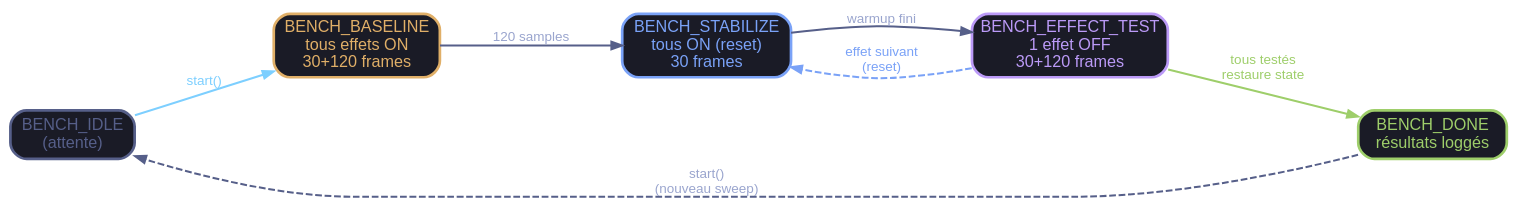
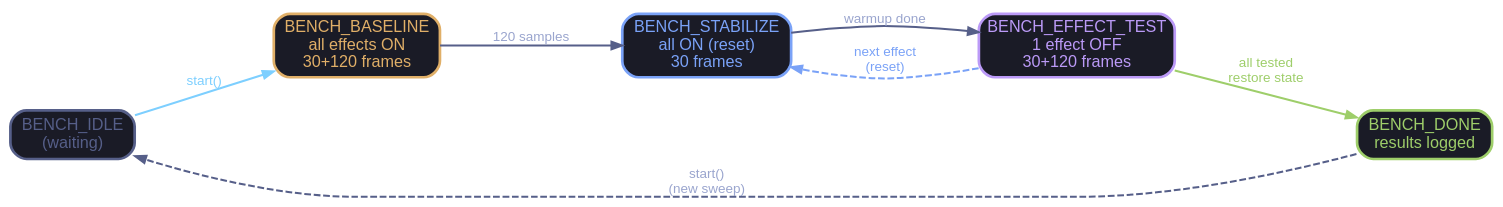
Before and after one commit to yoyonel/suckless-ogl: the second of 2 diagrams in docs/effect_benchmark.md, drawn with Graphviz. The commit also changed other lines of this file and 98 other files, not shown here.

````diff
--- a/docs/effect_benchmark.md
+++ b/docs/effect_benchmark.md
@@ -216,31 +212,31 @@
 ```graphviz
 digraph BenchStateMachine {
     rankdir=LR;
     bgcolor="transparent";
     margin=0.2;
     nodesep=0.8;
     ranksep=1.0;
 
     node [shape=rect, style="filled,rounded", fontname="Helvetica", fontsize=12,
           fillcolor="#24283b", color="#414868", fontcolor="#c0caf5", penwidth=2];
     edge [color="#565f89", fontname="Helvetica", fontsize=10, fontcolor="#9aa5ce",
           arrowsize=0.8, penwidth=1.5];
 
-    IDLE [label="BENCH_IDLE\n(attente)", fillcolor="#1a1b26", color="#565f89", fontcolor="#565f89"];
-    BASELINE [label="BENCH_BASELINE\ntous effets ON\n30+120 frames",
+    IDLE [label="BENCH_IDLE\n(waiting)", fillcolor="#1a1b26", color="#565f89", fontcolor="#565f89"];
+    BASELINE [label="BENCH_BASELINE\nall effects ON\n30+120 frames",
               fillcolor="#1a1b26", color="#e0af68", fontcolor="#e0af68"];
-    STABILIZE [label="BENCH_STABILIZE\ntous ON (reset)\n30 frames",
+    STABILIZE [label="BENCH_STABILIZE\nall ON (reset)\n30 frames",
                fillcolor="#1a1b26", color="#7aa2f7", fontcolor="#7aa2f7"];
-    EFFECT [label="BENCH_EFFECT_TEST\n1 effet OFF\n30+120 frames",
+    EFFECT [label="BENCH_EFFECT_TEST\n1 effect OFF\n30+120 frames",
             fillcolor="#1a1b26", color="#bb9af7", fontcolor="#bb9af7"];
-    DONE [label="BENCH_DONE\nrésultats loggés",
+    DONE [label="BENCH_DONE\nresults logged",
           fillcolor="#1a1b26", color="#9ece6a", fontcolor="#9ece6a"];
 
     IDLE -> BASELINE [label="start()", color="#7dcfff", fontcolor="#7dcfff"];
     BASELINE -> STABILIZE [label="120 samples"];
-    STABILIZE -> EFFECT [label="warmup fini"];
-    EFFECT -> STABILIZE [label="effet suivant\n(reset)", style=dashed, color="#7aa2f7", fontcolor="#7aa2f7"];
-    EFFECT -> DONE [label="tous testés\nrestaure state", color="#9ece6a", fontcolor="#9ece6a"];
-    DONE -> IDLE [label="start()\n(nouveau sweep)", style=dashed];
+    STABILIZE -> EFFECT [label="warmup done"];
+    EFFECT -> STABILIZE [label="next effect\n(reset)", style=dashed, color="#7aa2f7", fontcolor="#7aa2f7"];
+    EFFECT -> DONE [label="all tested\nrestore state", color="#9ece6a", fontcolor="#9ece6a"];
+    DONE -> IDLE [label="start()\n(new sweep)", style=dashed];
 }
 ```
````
